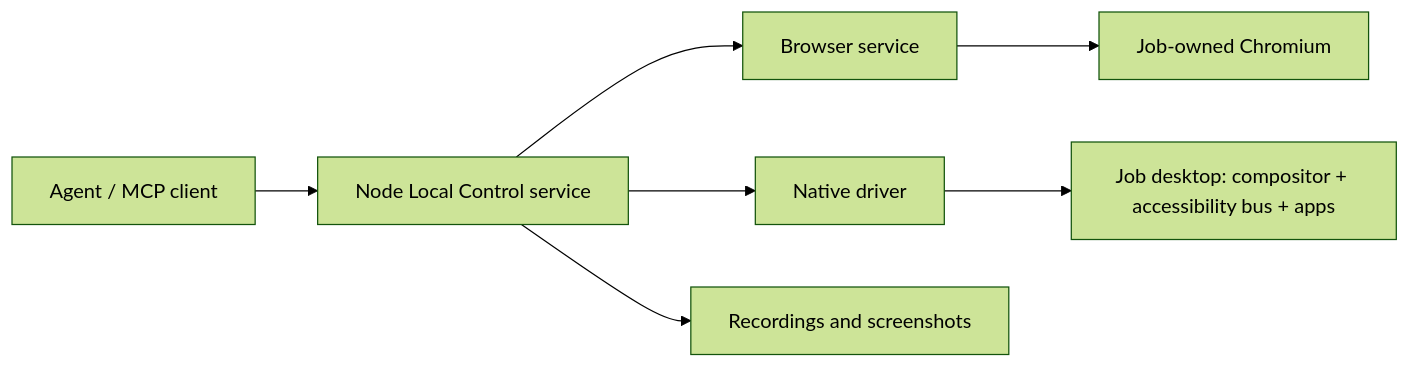
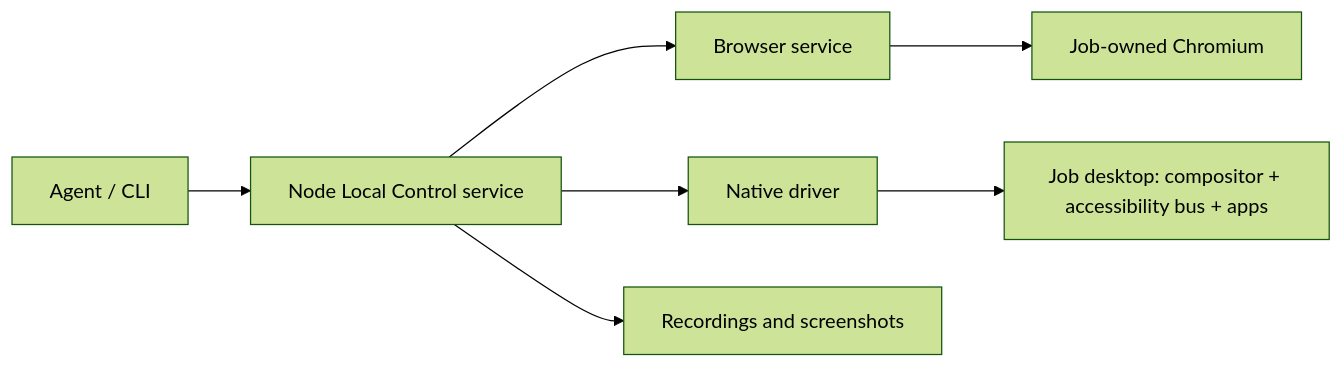
One commit to Verbiflow/mako changed the diagram in docs/local-control-runtime.md. Above: the diagram before and after it, drawn with Mermaid (forest theme). The commit also changed other lines of this file and 8 other files, not shown here.

````diff
--- a/docs/local-control-runtime.md
+++ b/docs/local-control-runtime.md
@@ -38,9 +38,9 @@
 ```mermaid
 flowchart LR
-  A[Agent / MCP client] --> C[Node Local Control service]
+  A[Agent / CLI] --> C[Node Local Control service]
   C --> B[Browser service]
   C --> N[Native driver]
   B --> P[Job-owned Chromium]
   N --> D[Job desktop: compositor + accessibility bus + apps]
   C --> R[Recordings and screenshots]
 ```
````
